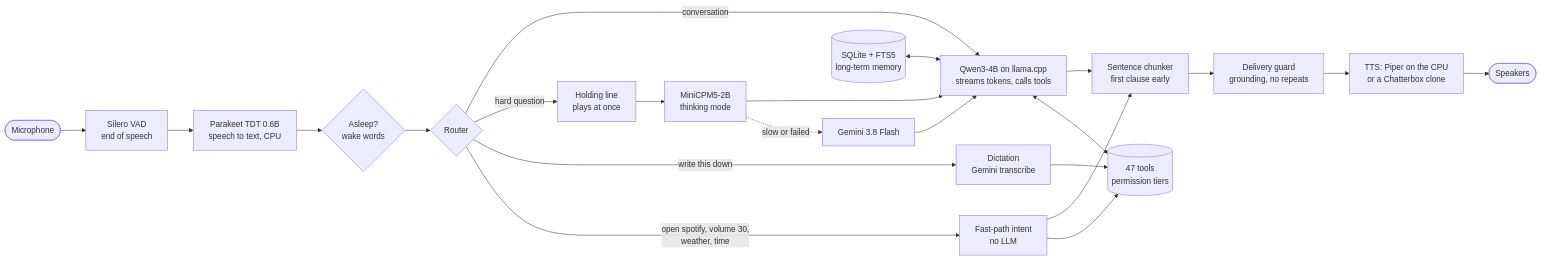
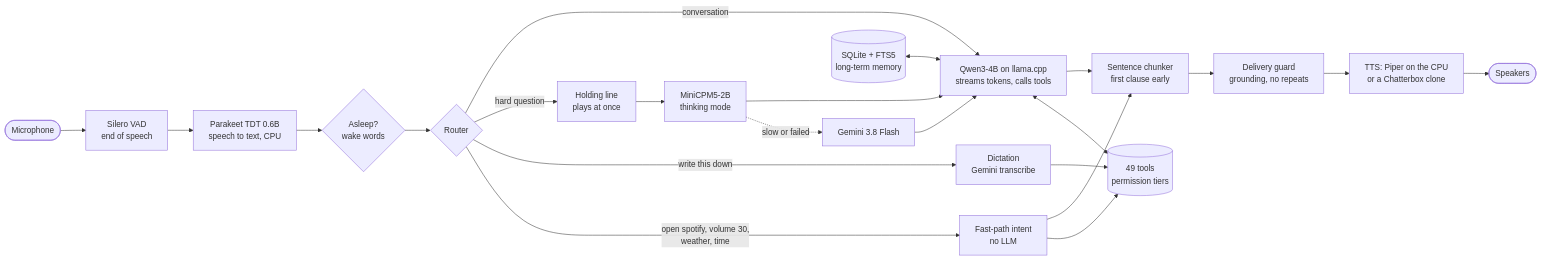
Before and after one commit to Thaneerrjun7/local-AI-assistant-AJ: the diagram in README.md, drawn with Mermaid. The commit also changed other lines of this file, not shown here.

````diff
--- a/README.md
+++ b/README.md
@@ -37,24 +37,24 @@
 ```mermaid
 flowchart LR
     Mic([Microphone]) --> VAD[Silero VAD<br/>end of speech]
     VAD --> STT[Parakeet TDT 0.6B<br/>speech to text, CPU]
     STT --> Wake{Asleep?<br/>wake words}
     Wake --> Router{Router}
     Router -- "open spotify, volume 30,<br/>weather, time" --> Fast[Fast-path intent<br/>no LLM]
     Router -- "write this down" --> Dict[Dictation<br/>Gemini transcribe]
     Router -- "hard question" --> Hold[Holding line<br/>plays at once]
     Hold --> Thinker[MiniCPM5-2B<br/>thinking mode]
     Thinker -. "slow or failed" .-> Gemini[Gemini 3.8 Flash]
     Router -- "conversation" --> Qwen[Qwen3-4B on llama.cpp<br/>streams tokens, calls tools]
-    Fast --> Tools[(47 tools<br/>permission tiers)]
+    Fast --> Tools[(49 tools<br/>permission tiers)]
     Dict --> Tools
     Qwen <--> Tools
     Thinker --> Qwen
     Gemini --> Qwen
     Memory[(SQLite + FTS5<br/>long-term memory)] <--> Qwen
     Qwen --> Chunk[Sentence chunker<br/>first clause early]
     Fast --> Chunk
     Chunk --> Guard[Delivery guard<br/>grounding, no repeats]
     Guard --> TTS[TTS: Piper on the CPU<br/>or a Chatterbox clone]
     TTS --> Speaker([Speakers])
 ```
````
